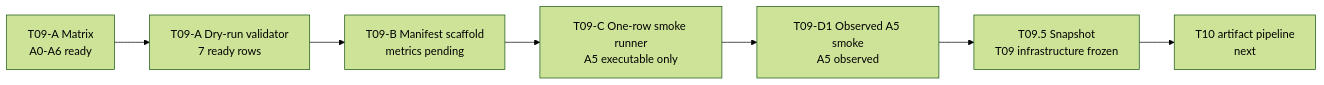
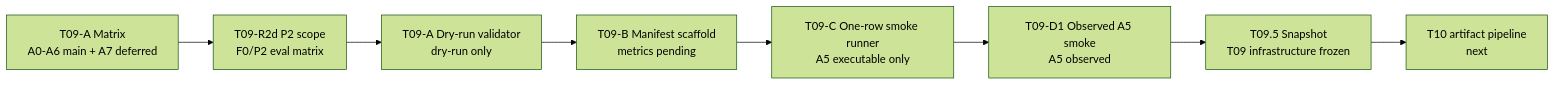
Before and after one commit to berkaygurkan/IsaacLab: the diagram in papers/conference/architecture/t09_ablation_infrastructure_snapshot.md, drawn with Mermaid (forest theme). The commit also changed other lines of this file and 37 other files, not shown here.

````diff
--- a/papers/conference/architecture/t09_ablation_infrastructure_snapshot.md
+++ b/papers/conference/architecture/t09_ablation_infrastructure_snapshot.md
@@ -70,9 +109,10 @@
 ```mermaid
 flowchart LR
-M[T09-A Matrix<br/>A0-A6 ready] --> D[T09-A Dry-run validator<br/>7 ready rows]
+M[T09-A Matrix<br/>A0-A6 main + A7 deferred] --> P2[T09-R2d P2 scope<br/>F0/P2 eval matrix]
+P2 --> D[T09-A Dry-run validator<br/>dry-run only]
 D --> MS[T09-B Manifest scaffold<br/>metrics pending]
 MS --> SR[T09-C One-row smoke runner<br/>A5 executable only]
 SR --> O[T09-D1 Observed A5 smoke<br/>A5 observed]
 O --> S[T09.5 Snapshot<br/>T09 infrastructure frozen]
 S --> N[T10 artifact pipeline<br/>next]
 ```
````
